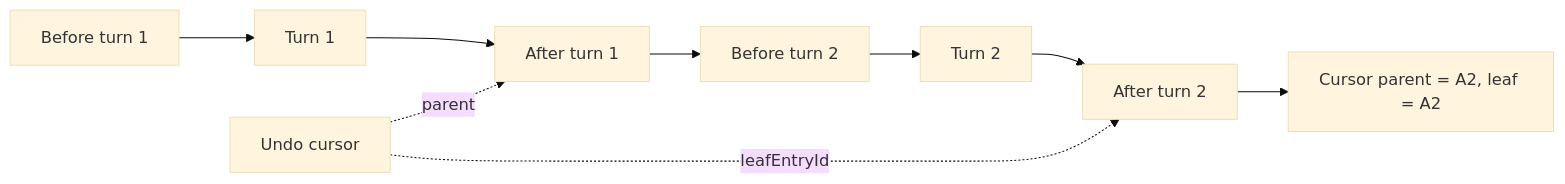
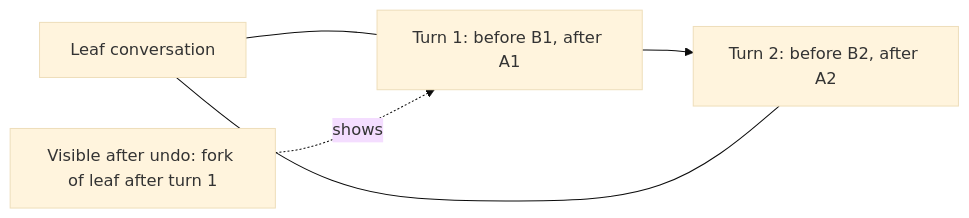
Before and after one commit to mattiacerutti/supernova: the second of 6 diagrams in docs/internal/checkpoint-system.md, drawn with Mermaid (base theme). The commit also changed other lines of this file and 81 other files, not shown here.

````diff
--- a/docs/internal/checkpoint-system.md
+++ b/docs/internal/checkpoint-system.md
@@ -106,12 +118,7 @@
 ```mermaid
 flowchart LR
-  B1[Before turn 1] --> T1[Turn 1]
-  T1 --> A1[After turn 1]
-  A1 --> B2[Before turn 2]
-  B2 --> T2[Turn 2]
-  T2 --> A2[After turn 2]
-  A2 --> CUR[Cursor parent = A2, leaf = A2]
-
-  UNDO[Undo cursor] -. parent .-> A1
-  UNDO -. leafEntryId .-> A2
+  T1[Turn 1: before B1, after A1] --> T2[Turn 2: before B2, after A2]
+  LEAF[Leaf conversation] --- T1
+  LEAF --- T2
+  UNDO[Visible after undo: fork of leaf after turn 1] -. shows .-> T1
 ```
````
